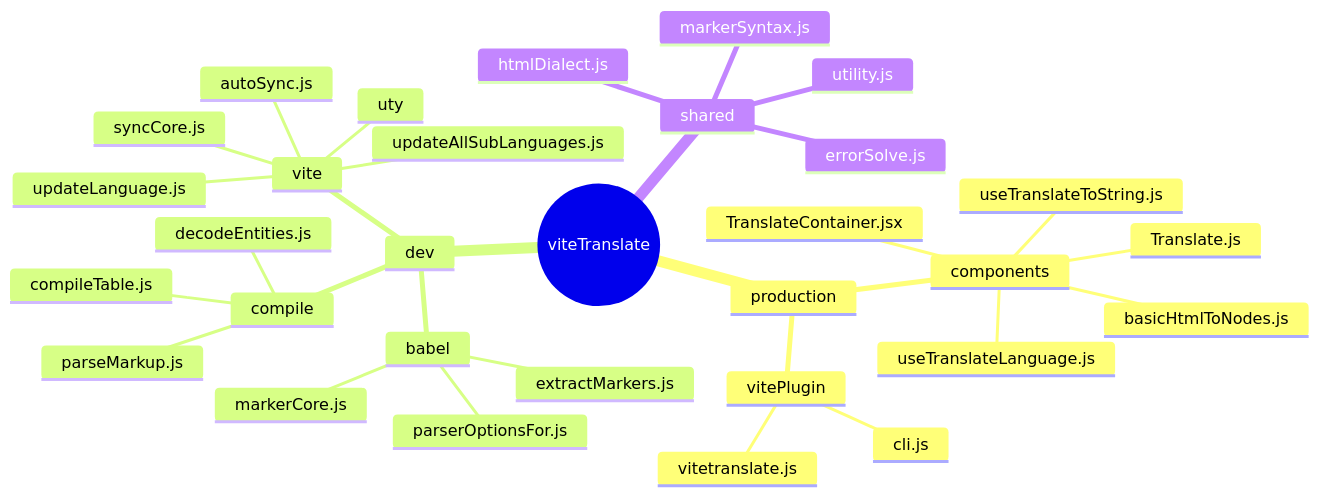
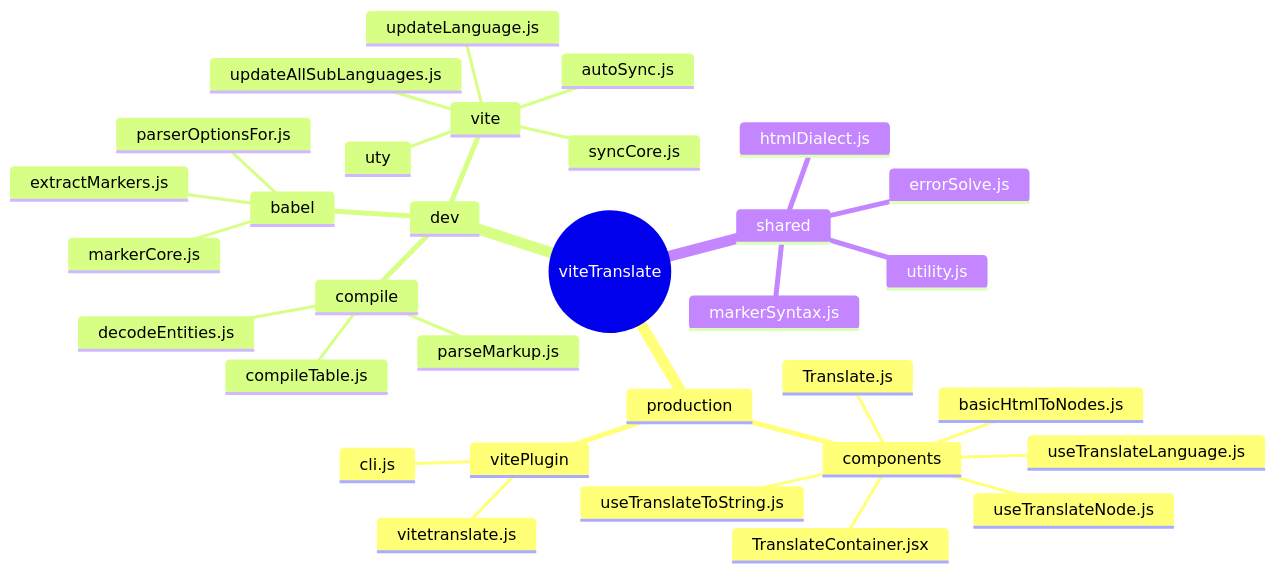
One commit to sepoina/viteTranslate changed the second of 8 diagrams in doc/structure.md. Above: the diagram before and after it, drawn with Mermaid. The commit also changed other lines of this file and 23 other files, not shown here.

````diff
--- a/doc/structure.md
+++ b/doc/structure.md
@@ -82,34 +82,35 @@
 ```mermaid
 mindmap
   root((viteTranslate))
     production
       components
         TranslateContainer.jsx
         Translate.js
         useTranslateLanguage.js
         useTranslateToString.js
+        useTranslateNode.js
         basicHtmlToNodes.js
       vitePlugin
         vitetranslate.js
         cli.js
     dev
       babel
         markerCore.js
         extractMarkers.js
         parserOptionsFor.js
       compile
         compileTable.js
         parseMarkup.js
         decodeEntities.js
       vite
         updateLanguage.js
         updateAllSubLanguages.js
         syncCore.js
         autoSync.js
         uty
     shared
       htmlDialect.js
       errorSolve.js
       markerSyntax.js
       utility.js
 ```
````
